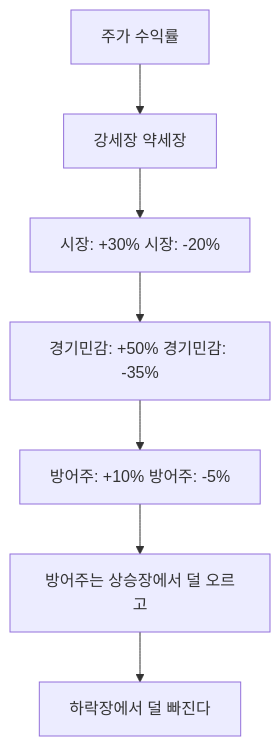
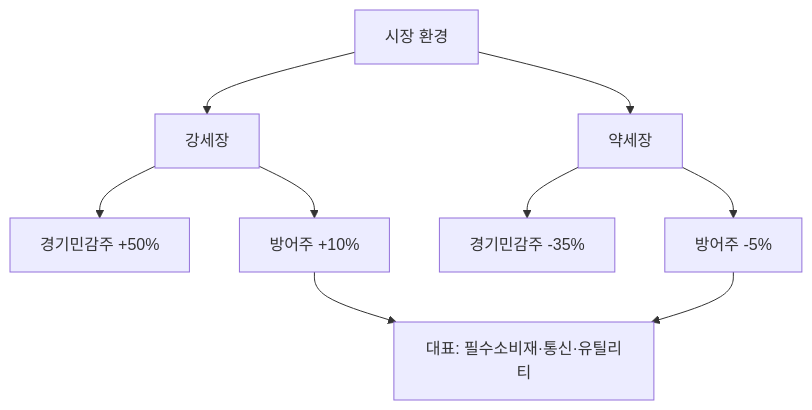
One commit to yeongseon/stock-visual-note changed the diagram in content/stock-terms/ko/level-09-strategy-risk/defensive-stock.md. Above: the diagram before and after it, drawn with Mermaid. The commit also changed other lines of this file and 96 other files, not shown here.

Commit message:
Rewrite all 98 remaining articles: branching Mermaid diagrams, natural search_intent, compelling seo_titles, clean descriptions

````diff
--- a/content/stock-terms/ko/level-09-strategy-risk/defensive-stock.md
+++ b/content/stock-terms/ko/level-09-strategy-risk/defensive-stock.md
@@ -42,16 +42,12 @@
 ```mermaid
 graph TD
-    N0["주가 수익률"]
-    N1["강세장 약세장"]
-    N2["시장: +30% 시장: -20%"]
-    N3["경기민감: +50% 경기민감: -35%"]
-    N4["방어주: +10% 방어주: -5%"]
-    N5["방어주는 상승장에서 덜 오르고"]
-    N6["하락장에서 덜 빠진다"]
-    N0 --> N1
-    N1 --> N2
-    N2 --> N3
-    N3 --> N4
-    N4 --> N5
-    N5 --> N6
+    A["시장 환경"]
+    A --> B["강세장"]
+    A --> C["약세장"]
+    B --> B1["경기민감주 +50%"]
+    B --> B2["방어주 +10%"]
+    C --> C1["경기민감주 -35%"]
+    C --> C2["방어주 -5%"]
+    B2 --> D["대표: 필수소비재·통신·유틸리티"]
+    C2 --> D
 ```
````
